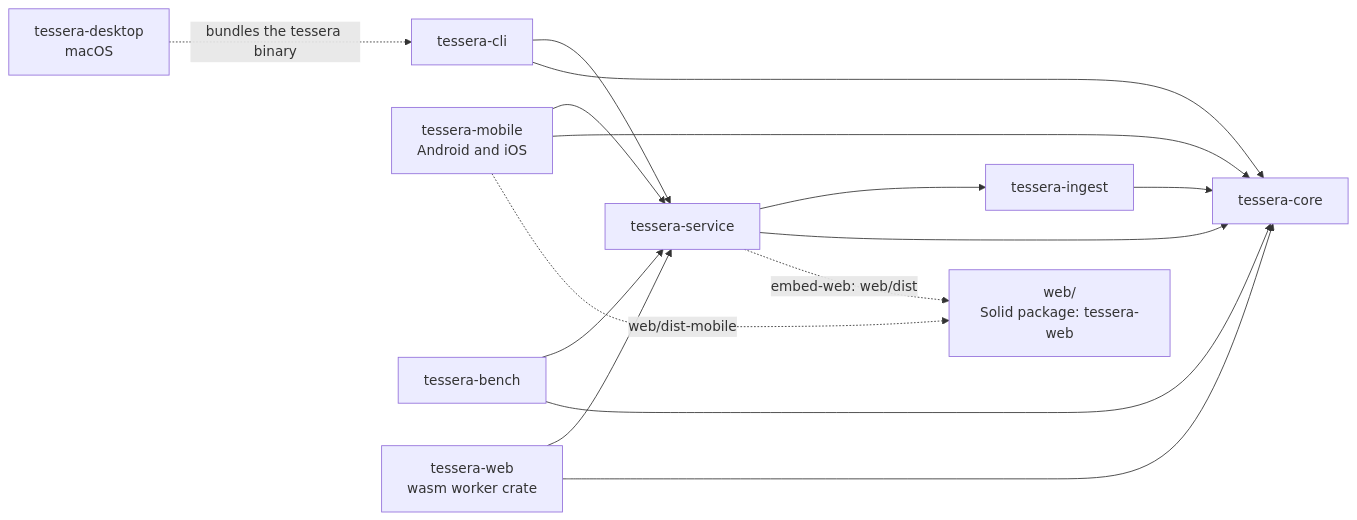
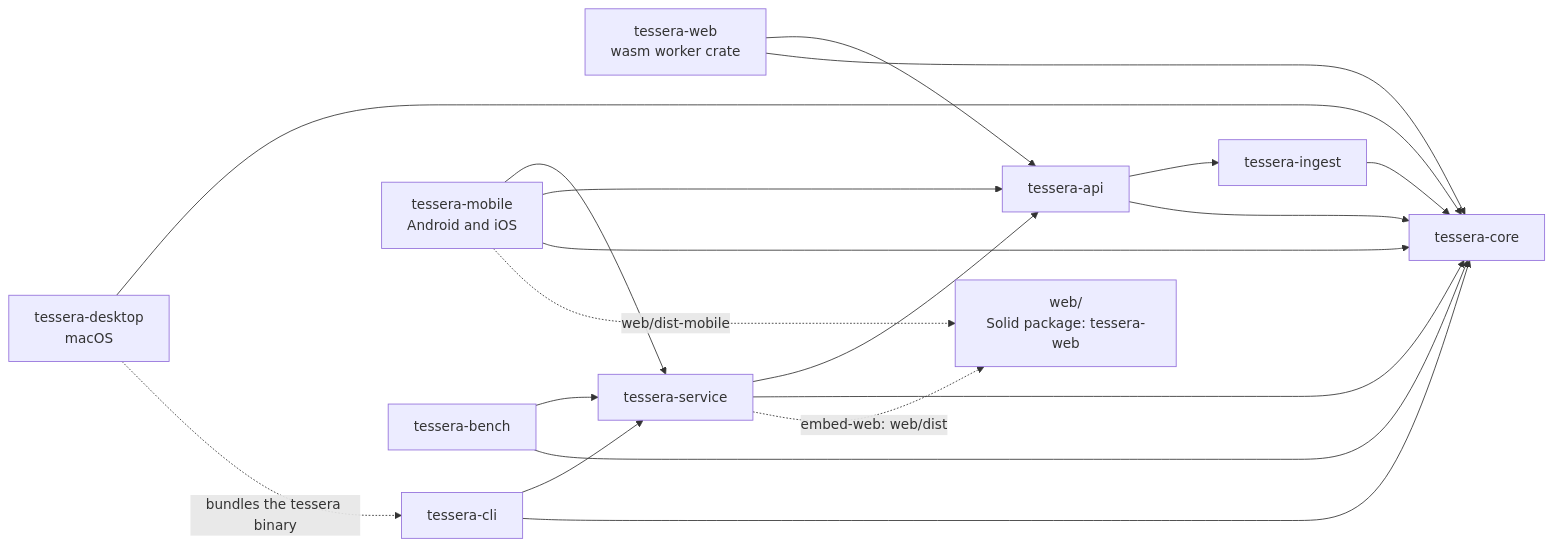
Before and after one commit to solforged/tessera: the second of 2 diagrams in docs/architecture.md, drawn with Mermaid. The commit also changed other lines of this file, not shown here.

First line of the commit message:
docs: described the API crate, reader connections and editor layers

````diff
--- a/docs/architecture.md
+++ b/docs/architecture.md
@@ -408,26 +425,31 @@
 ```mermaid
 flowchart LR
     CLI["tessera-cli"]
     Desktop["tessera-desktop<br/>macOS"]
     Android["tessera-mobile<br/>Android and iOS"]
     Bench["tessera-bench"]
     Wasm["tessera-web<br/>wasm worker crate"]
     Service["tessera-service"]
+    Api["tessera-api"]
     Ingest["tessera-ingest"]
     Core["tessera-core"]
     Web["web/<br/>Solid package: tessera-web"]
     CLI --> Service
     CLI --> Core
+    Desktop --> Core
     Android --> Service
+    Android --> Api
     Android --> Core
     Bench --> Service
     Bench --> Core
-    Wasm --> Service
+    Wasm --> Api
     Wasm --> Core
-    Service --> Ingest
+    Service --> Api
     Service --> Core
+    Api --> Ingest
+    Api --> Core
     Ingest --> Core
     Service -. "embed-web: web/dist" .-> Web
     Android -. "web/dist-mobile" .-> Web
     Desktop -. "bundles the tessera binary" .-> CLI
 ```
````
